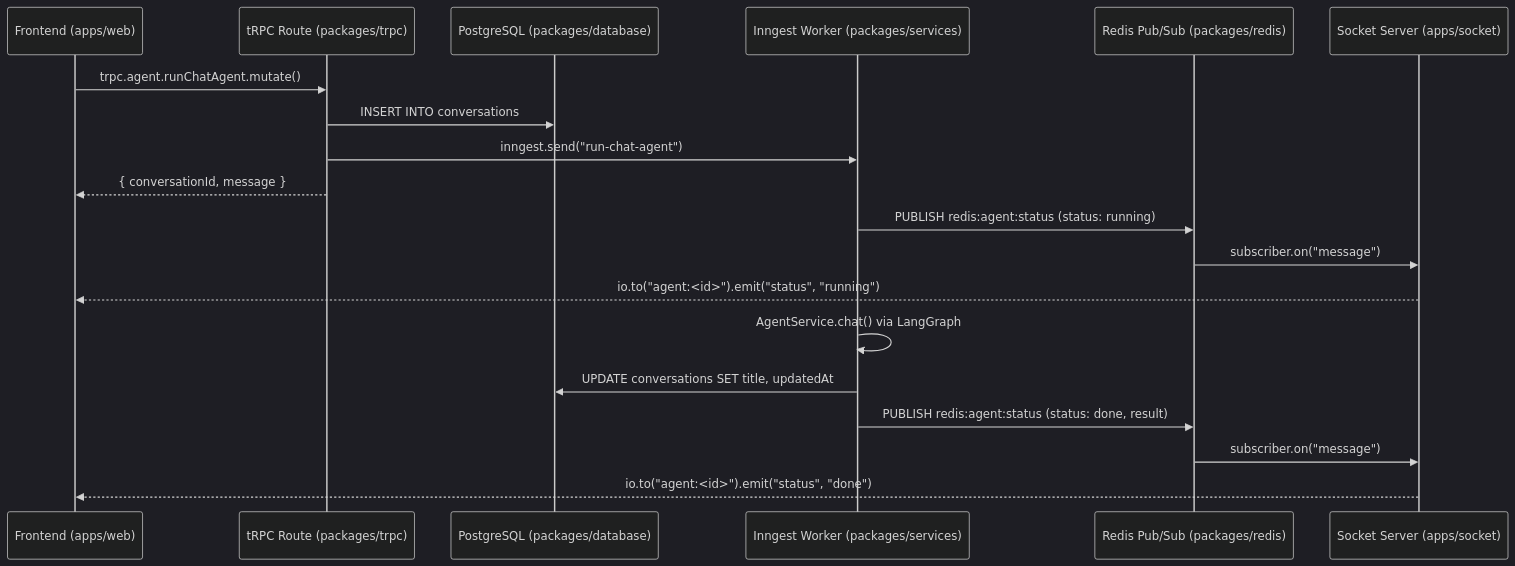
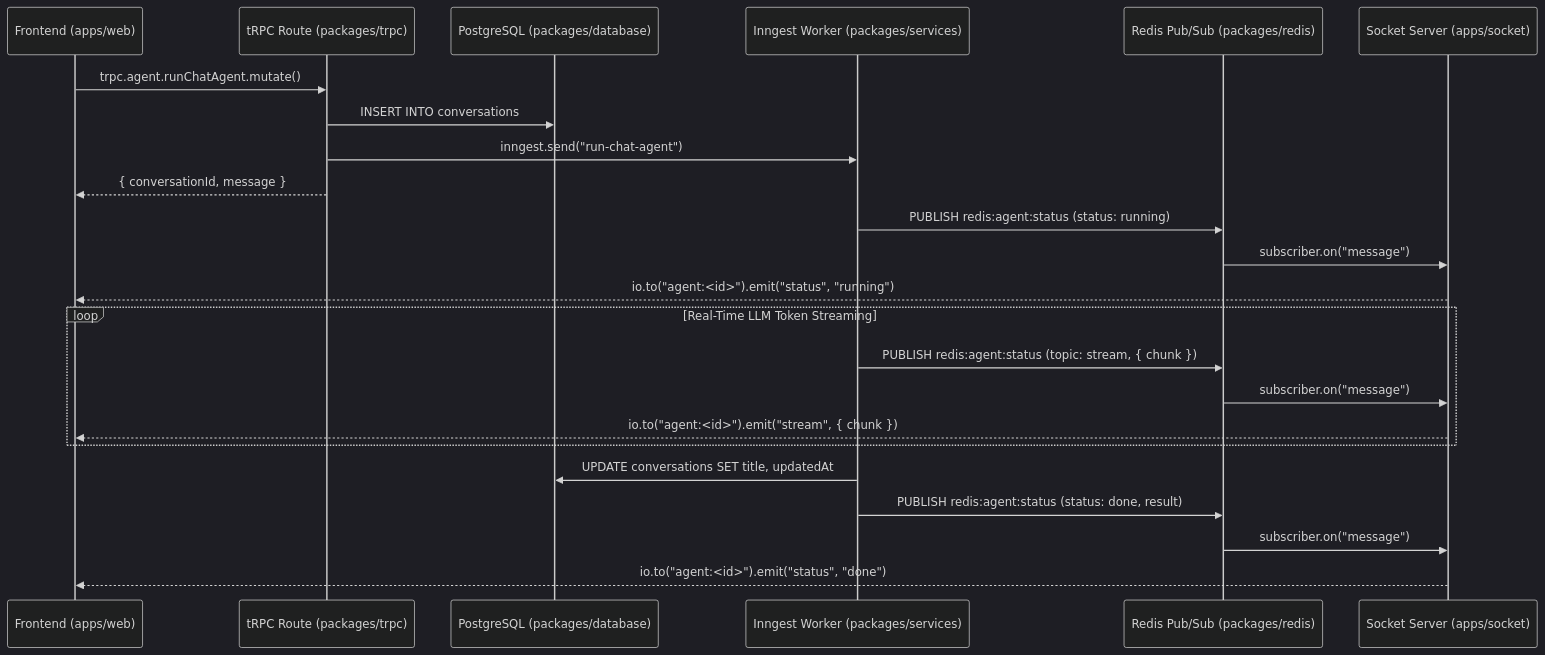
Before and after one commit to Manassaha404/Zuri: the diagram in AGENTS.md, drawn with Mermaid (dark theme). The commit also changed other lines of this file and 12 other files, not shown here.

Commit message:
feat: add real-time agent message streaming and UI updates

````diff
--- a/AGENTS.md
+++ b/AGENTS.md
@@ -52,24 +52,29 @@
 ```mermaid
 sequenceDiagram
     participant Client as Frontend (apps/web)
     participant tRPC as tRPC Route (packages/trpc)
     participant DB as PostgreSQL (packages/database)
     participant Inngest as Inngest Worker (packages/services)
     participant Redis as Redis Pub/Sub (packages/redis)
     participant Socket as Socket Server (apps/socket)
 
     Client->>tRPC: trpc.agent.runChatAgent.mutate()
     tRPC->>DB: INSERT INTO conversations
     tRPC->>Inngest: inngest.send("run-chat-agent")
     tRPC-->>Client: { conversationId, message }
 
     Inngest->>Redis: PUBLISH redis:agent:status (status: running)
     Redis->>Socket: subscriber.on("message")
     Socket-->>Client: io.to("agent:<id>").emit("status", "running")
 
-    Inngest->>Inngest: AgentService.chat() via LangGraph
+    loop Real-Time LLM Token Streaming
+        Inngest->>Redis: PUBLISH redis:agent:status (topic: stream, { chunk })
+        Redis->>Socket: subscriber.on("message")
+        Socket-->>Client: io.to("agent:<id>").emit("stream", { chunk })
+    end
+
     Inngest->>DB: UPDATE conversations SET title, updatedAt
     Inngest->>Redis: PUBLISH redis:agent:status (status: done, result)
     Redis->>Socket: subscriber.on("message")
     Socket-->>Client: io.to("agent:<id>").emit("status", "done")
 ```
````
